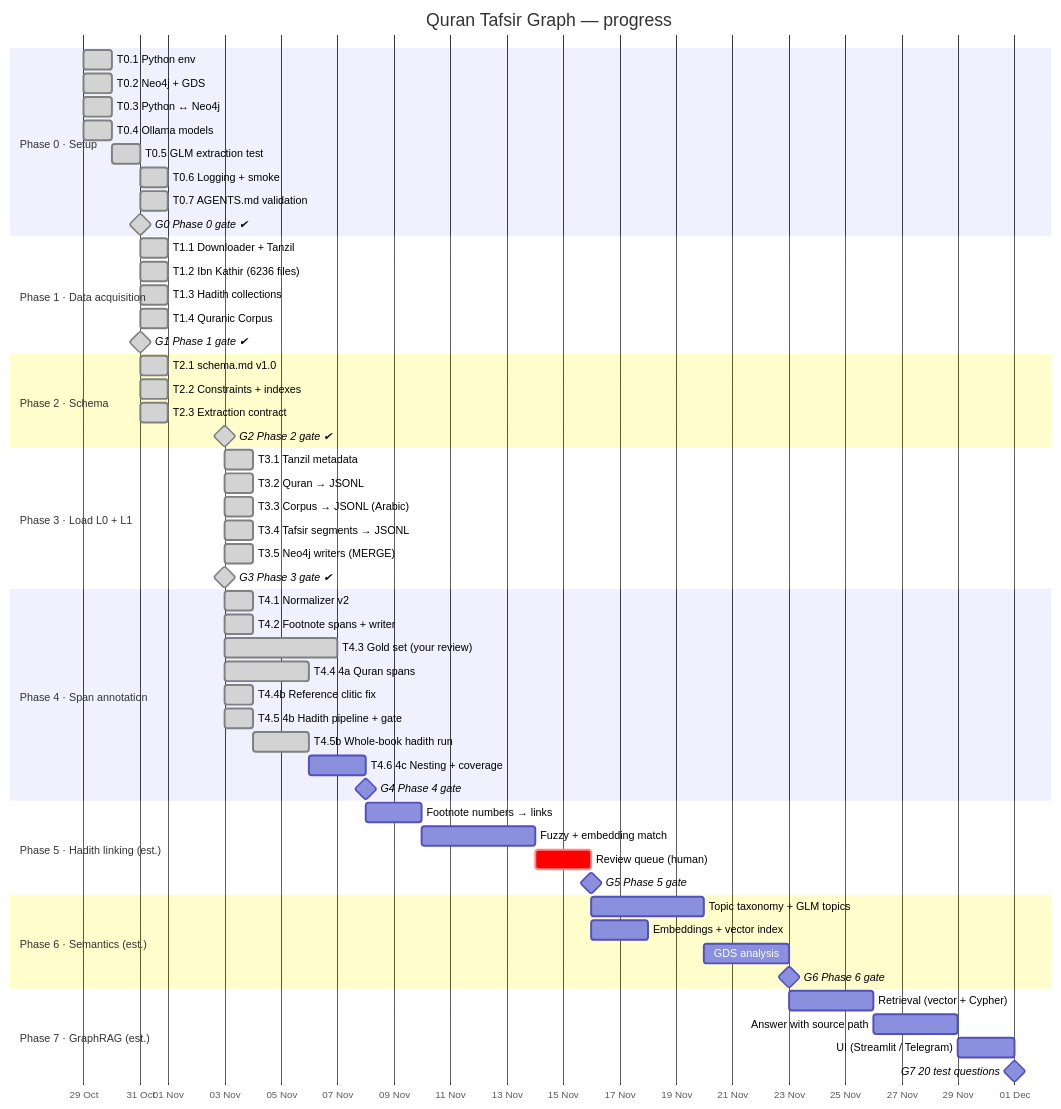
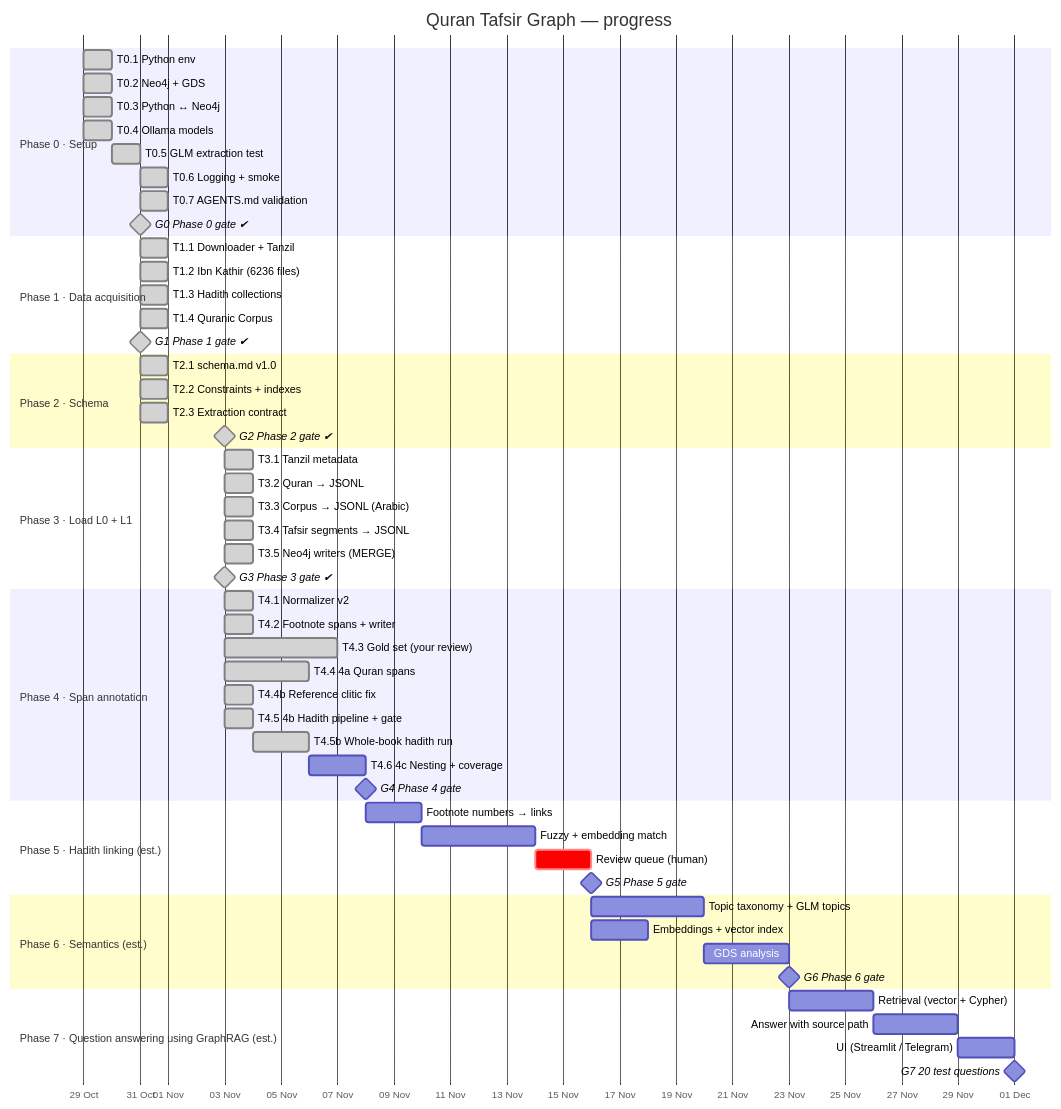
One commit to mohamed-soubhi/quran-graph changed the diagram in docs/GANTT.md. Above: the diagram before and after it, drawn with Mermaid. The commit also changed other lines of this file and 5 other files, not shown here.

First line of the commit message:
Rename phase 7 to 'Question answering using GraphRAG'

````diff
--- a/docs/GANTT.md
+++ b/docs/GANTT.md
@@ -9,67 +9,67 @@
 ```mermaid
 gantt
     title Quran Tafsir Graph — progress
     dateFormat YYYY-MM-DD
     axisFormat %d %b
     todayMarker stroke-width:3px,stroke:#d33
 
     section Phase 0 · Setup
     T0.1 Python env                 :done, t01, 2026-10-29, 1d
     T0.2 Neo4j + GDS                :done, t02, 2026-10-29, 1d
     T0.3 Python ↔ Neo4j             :done, t03, 2026-10-29, 1d
     T0.4 Ollama models              :done, t04, 2026-10-29, 1d
     T0.5 GLM extraction test        :done, t05, 2026-10-30, 1d
     T0.6 Logging + smoke            :done, t06, 2026-10-31, 1d
     T0.7 AGENTS.md validation       :done, t07, 2026-10-31, 1d
     G0 Phase 0 gate ✔               :milestone, done, g0, 2026-10-31, 0d
 
     section Phase 1 · Data acquisition
     T1.1 Downloader + Tanzil        :done, t11, 2026-10-31, 1d
     T1.2 Ibn Kathir (6236 files)    :done, t12, 2026-10-31, 1d
     T1.3 Hadith collections         :done, t13, 2026-10-31, 1d
     T1.4 Quranic Corpus            :done, t14, 2026-10-31, 1d
     G1 Phase 1 gate ✔               :milestone, done, g1, 2026-10-31, 0d
 
     section Phase 2 · Schema
     T2.1 schema.md v1.0            :done, t21, 2026-10-31, 1d
     T2.2 Constraints + indexes      :done, t22, 2026-10-31, 1d
     T2.3 Extraction contract        :done, t23, 2026-10-31, 1d
     G2 Phase 2 gate ✔               :milestone, done, g2, 2026-11-03, 0d
 
     section Phase 3 · Load L0 + L1
     T3.1 Tanzil metadata            :done, t31, 2026-11-03, 1d
     T3.2 Quran → JSONL              :done, t32, 2026-11-03, 1d
     T3.3 Corpus → JSONL (Arabic)    :done, t33, 2026-11-03, 1d
     T3.4 Tafsir segments → JSONL    :done, t34, 2026-11-03, 1d
     T3.5 Neo4j writers (MERGE)      :done, p3b, 2026-11-03, 1d
     G3 Phase 3 gate ✔               :milestone, done, g3, 2026-11-03, 0d
 
     section Phase 4 · Span annotation
     T4.1 Normalizer v2              :done, t41, 2026-11-03, 1d
     T4.2 Footnote spans + writer    :done, t42, 2026-11-03, 1d
     T4.3 Gold set (your review)     :done, t43, 2026-11-03, 4d
     T4.4 4a Quran spans             :done, t44, 2026-11-03, 3d
     T4.4b Reference clitic fix      :done, t44b, 2026-11-03, 1d
     T4.5 4b Hadith pipeline + gate  :done, t45, 2026-11-03, 1d
     T4.5b Whole-book hadith run     :done, t45b, 2026-11-04, 2d
     T4.6 4c Nesting + coverage      :p4c, after t45b, 2d
     G4 Phase 4 gate                 :milestone, g4, after p4c, 0d
 
     section Phase 5 · Hadith linking (est.)
     Footnote numbers → links        :p5a, after g4, 2d
     Fuzzy + embedding match         :p5b, after p5a, 4d
     Review queue (human)            :crit, p5c, after p5b, 2d
     G5 Phase 5 gate                 :milestone, g5, after p5c, 0d
 
     section Phase 6 · Semantics (est.)
     Topic taxonomy + GLM topics     :p6a, after g5, 4d
     Embeddings + vector index       :p6b, after g5, 2d
     GDS analysis                    :p6c, after p6a, 3d
     G6 Phase 6 gate                 :milestone, g6, after p6c, 0d
 
-    section Phase 7 · GraphRAG (est.)
+    section Phase 7 · Question answering using GraphRAG (est.)
     Retrieval (vector + Cypher)     :p7a, after g6, 3d
     Answer with source path         :p7b, after p7a, 3d
     UI (Streamlit / Telegram)       :p7c, after p7b, 2d
     G7 20 test questions            :milestone, g7, after p7c, 0d
 ```
````
